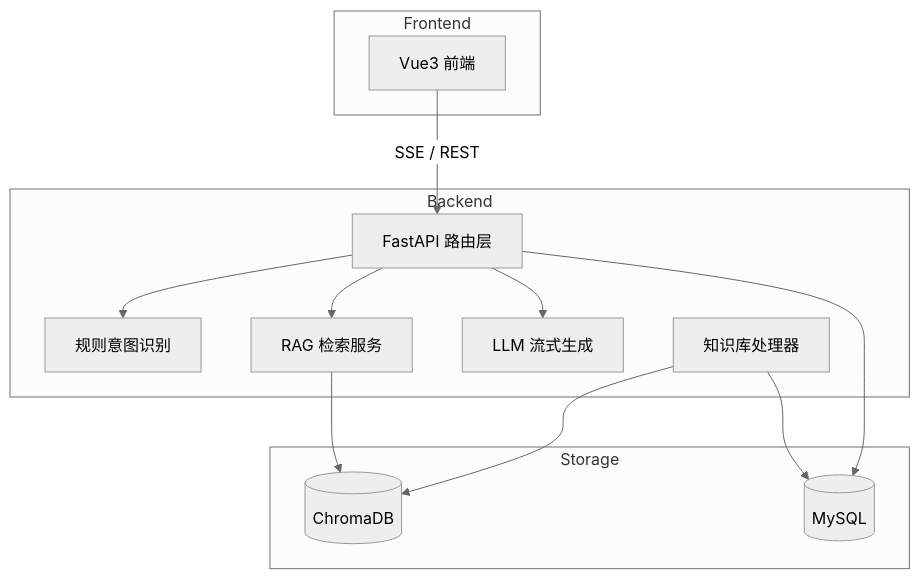
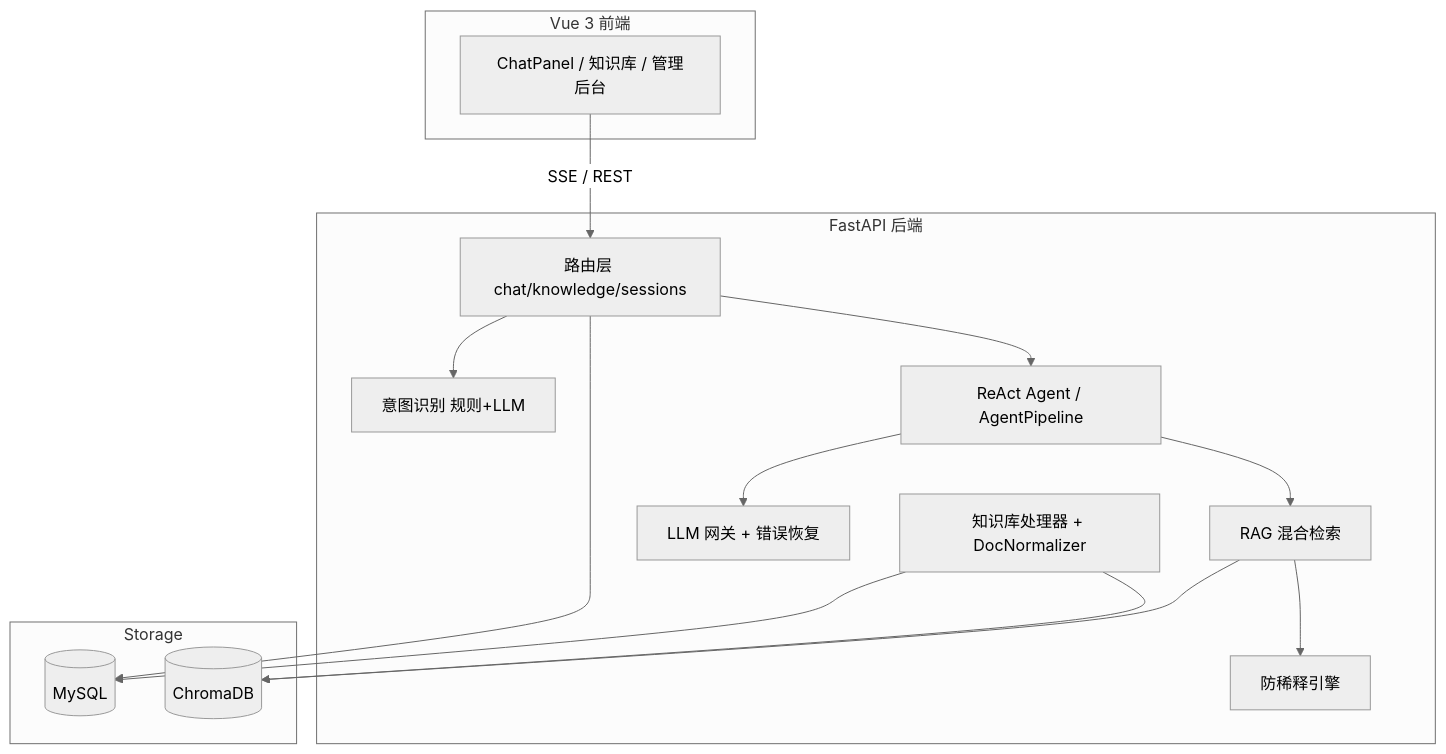
The first of 2 diagrams in docs/AI架构设计.md (tangyu1719/haici-intelligent-customer-service), drawn with Mermaid (neutral theme) before and after one commit. The commit also changed other lines of this file and 2 other files, not shown here.

````diff
--- a/docs/AI架构设计.md
+++ b/docs/AI架构设计.md
@@ -5,25 +5,29 @@
 ```mermaid
 flowchart TB
-    subgraph Frontend
-        UI[Vue3 前端]
+    subgraph Frontend["Vue 3 前端"]
+        UI[ChatPanel / 知识库 / 管理后台]
     end
-    subgraph Backend
-        API[FastAPI 路由层]
-        Intent[规则意图识别]
-        RAG[RAG 检索服务]
-        LLM[LLM 流式生成]
-        KB[知识库处理器]
+    subgraph Backend["FastAPI 后端"]
+        API[路由层 chat/knowledge/sessions]
+        Intent[意图识别 规则+LLM]
+        Agent[ReAct Agent / AgentPipeline]
+        RAG[RAG 混合检索]
+        AD[防稀释引擎]
+        LLM[LLM 网关 + 错误恢复]
+        KB[知识库处理器 + DocNormalizer]
     end
     subgraph Storage
         MySQL[(MySQL)]
         Chroma[(ChromaDB)]
     end
     UI -->|SSE / REST| API
     API --> Intent
-    API --> RAG
+    API --> Agent
+    Agent --> RAG
     RAG --> Chroma
-    API --> LLM
+    RAG --> AD
+    Agent --> LLM
     KB --> Chroma
+    KB --> MySQL
     API --> MySQL
-    KB --> MySQL
 ```
````
